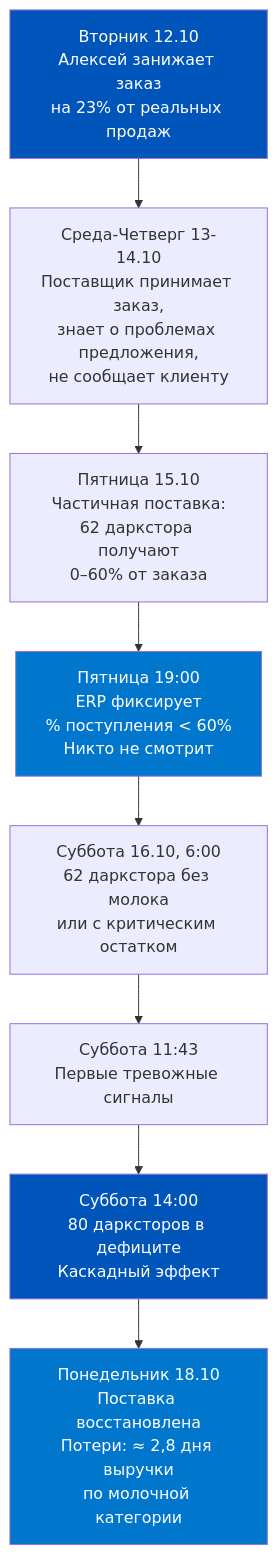
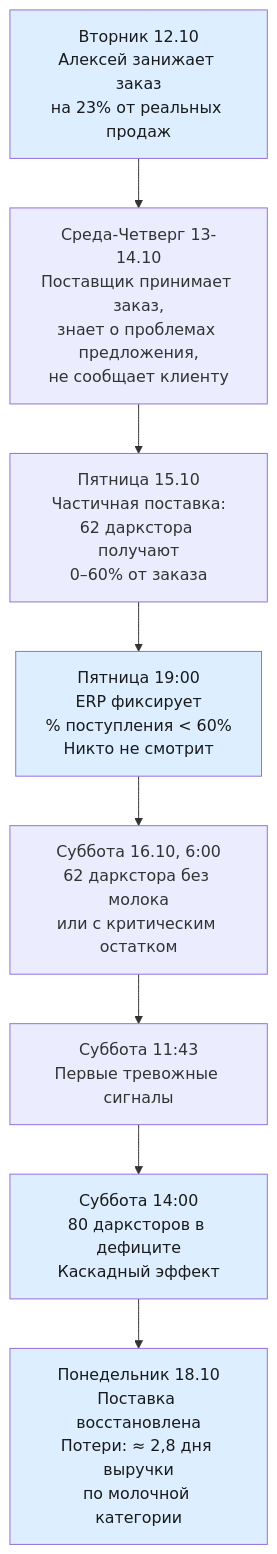
One commit to murad1986/1c-erp-quartz changed the first of 5 diagrams in content/1c-erp/week_3/Неделя 3 - День 7 - История дефицита.md. Above: the diagram before and after it, drawn with Mermaid. The commit also changed other lines of this file and 57 other files, not shown here.

First line of the commit message:
fix: Mermaid — пастельные цвета в источниках диаграмм (56 файлов)

````diff
--- a/content/1c-erp/week_3/Неделя 3 - День 7 - История дефицита.md
+++ b/content/1c-erp/week_3/Неделя 3 - День 7 - История дефицита.md
@@ -122,15 +122,15 @@
 ```mermaid
 flowchart TD
     A["Вторник 12.10<br/>Алексей занижает заказ<br/>на 23% от реальных продаж"] --> B["Среда-Четверг 13-14.10<br/>Поставщик принимает заказ,<br/>знает о проблемах предложения,<br/>не сообщает клиенту"]
     B --> C["Пятница 15.10<br/>Частичная поставка:<br/>62 даркстора получают<br/>0–60% от заказа"]
     C --> D["Пятница 19:00<br/>ЕRP фиксирует<br/>% поступления < 60%<br/>Никто не смотрит"]
     D --> E["Суббота 16.10, 6:00<br/>62 даркстора без молока<br/>или с критическим остатком"]
     E --> F["Суббота 11:43<br/>Первые тревожные сигналы"]
     F --> G["Суббота 14:00<br/>80 дарксторов в дефиците<br/>Каскадный эффект"]
     G --> H["Понедельник 18.10<br/>Поставка восстановлена<br/>Потери: ≈ 2,8 дня выручки<br/>по молочной категории"]
 
-    style A fill:#0055BB,color:#fff
-    style D fill:#0077CC,color:#fff
-    style G fill:#0055BB,color:#fff
-    style H fill:#0077CC,color:#fff
+    style A fill:#dceeff,color:#1a1a1a
+    style D fill:#dceeff,color:#1a1a1a
+    style G fill:#dceeff,color:#1a1a1a
+    style H fill:#dceeff,color:#1a1a1a
 ```
````
